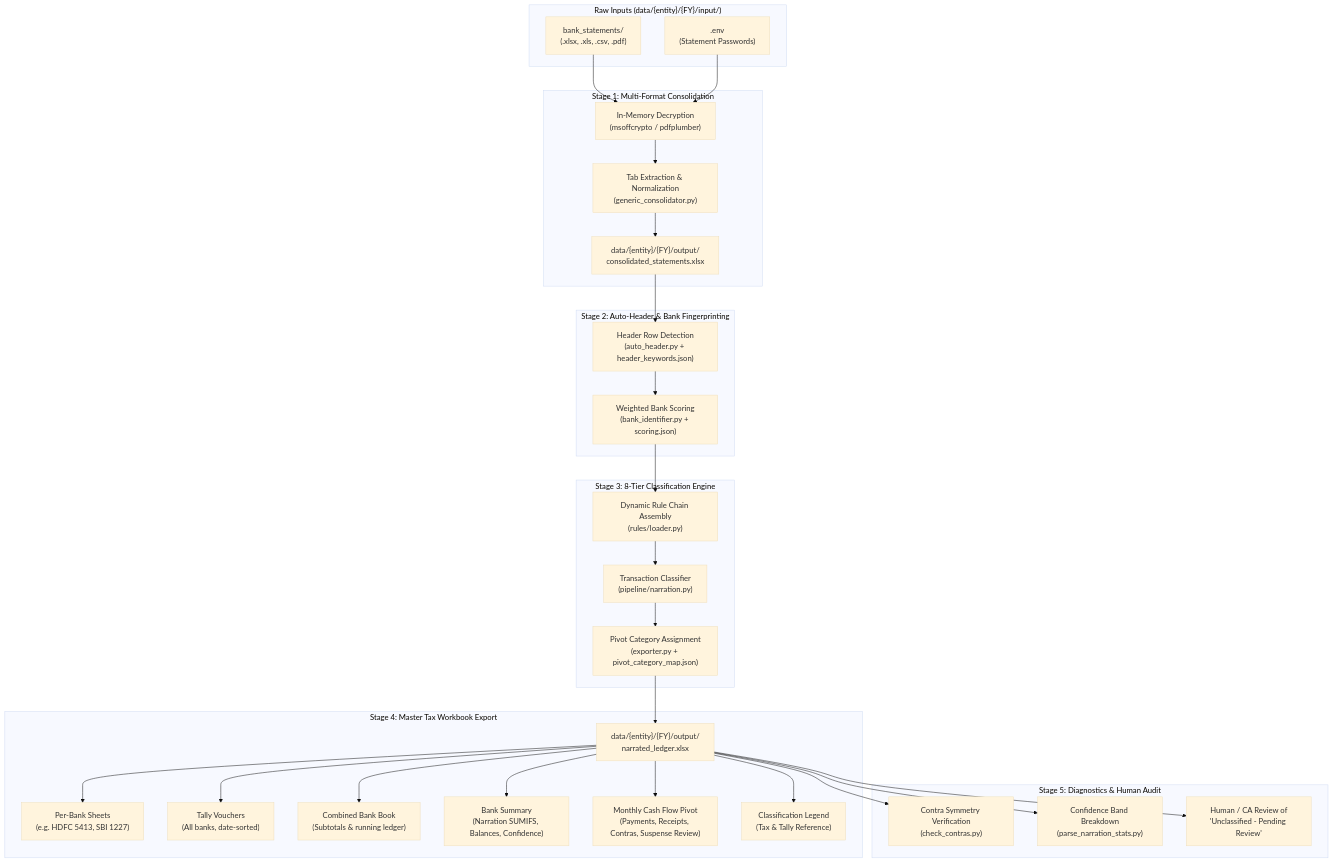
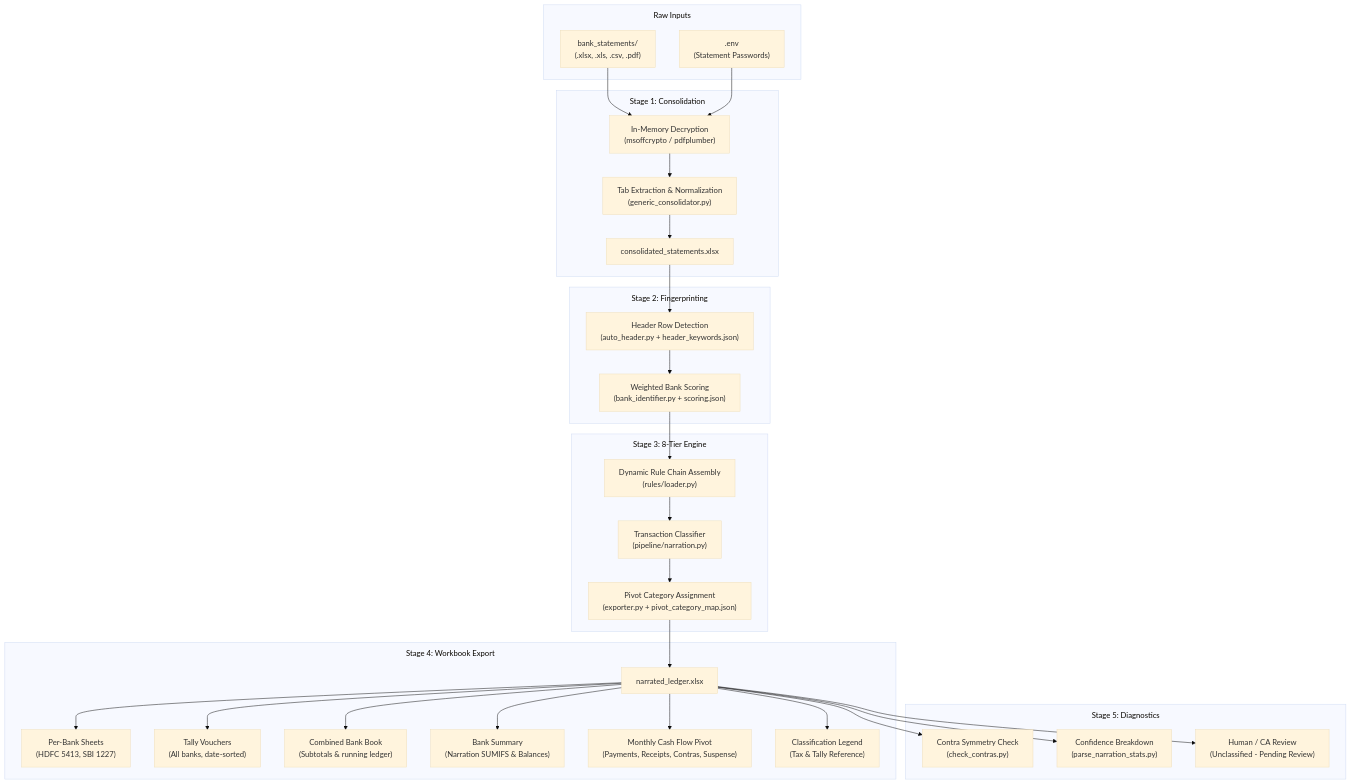
Before and after one commit to Aayush4396/tax-automation: the first of 2 diagrams in README.md, drawn with Mermaid (base theme). The commit also changed other lines of this file and 1 other file, not shown here.

Commit message:
docs: fix mermaid subgraph title wrapping and margin in README and technical docs

````diff
--- a/README.md
+++ b/README.md
@@ -17,47 +17,61 @@
 ```mermaid
+%%{init: {'flowchart': {'subGraphTitleMargin': {'top': 10, 'bottom': 18}, 'wrappingWidth': 320}}}%%
 flowchart TD
-    subgraph Inputs["Raw Inputs (data/{entity}/{FY}/input/)"]
-        RAW_BANK["bank_statements/\n(.xlsx, .xls, .csv, .pdf)"]
-        ENV_FILE[".env\n(Statement Passwords)"]
+    subgraph Inputs["Raw Inputs"]
+        RAW_BANK["bank_statements/<br/>(.xlsx, .xls, .csv, .pdf)"]
+        ENV_FILE[".env<br/>(Statement Passwords)"]
     end
 
-    subgraph Stage1["Stage 1: Multi-Format Consolidation"]
-        DEC["In-Memory Decryption\n(msoffcrypto / pdfplumber)"]
-        NORM["Tab Extraction & Normalization\n(generic_consolidator.py)"]
-        CONSO_XLSX["data/{entity}/{FY}/output/\nconsolidated_statements.xlsx"]
+    subgraph Stage1["Stage 1: Consolidation"]
+        DEC["In-Memory Decryption<br/>(msoffcrypto / pdfplumber)"]
+        NORM["Tab Extraction & Normalization<br/>(generic_consolidator.py)"]
+        CONSO_XLSX["consolidated_statements.xlsx"]
     end
 
-    subgraph Stage2["Stage 2: Auto-Header & Bank Fingerprinting"]
-        HDR["Header Row Detection\n(auto_header.py + header_keywords.json)"]
-        FING["Weighted Bank Scoring\n(bank_identifier.py + scoring.json)"]
+    subgraph Stage2["Stage 2: Fingerprinting"]
+        HDR["Header Row Detection<br/>(auto_header.py + header_keywords.json)"]
+        FING["Weighted Bank Scoring<br/>(bank_identifier.py + scoring.json)"]
     end
 
-    subgraph Stage3["Stage 3: 8-Tier Classification Engine"]
-        CHAIN["Dynamic Rule Chain Assembly\n(rules/loader.py)"]
-        CLASS["Transaction Classifier\n(pipeline/narration.py)"]
-        PIV_MAP["Pivot Category Assignment\n(exporter.py + pivot_category_map.json)"]
+    subgraph Stage3["Stage 3: 8-Tier Engine"]
+        CHAIN["Dynamic Rule Chain Assembly<br/>(rules/loader.py)"]
+        CLASS["Transaction Classifier<br/>(pipeline/narration.py)"]
+        PIV_MAP["Pivot Category Assignment<br/>(exporter.py + pivot_category_map.json)"]
     end
 
-    subgraph Stage4["Stage 4: Master Tax Workbook Export"]
-        OUT_XLSX["data/{entity}/{FY}/output/\nnarrated_ledger.xlsx"]
-        TAB_BANK["Per-Bank Sheets\n(e.g. HDFC 5413, SBI 1227)"]
-        TAB_TALLY["Tally Vouchers\n(All banks, date-sorted)"]
-        TAB_CONSO["Combined Bank Book\n(Subtotals & running ledger)"]
-        TAB_SUM["Bank Summary\n(Narration SUMIFS, Balances, Confidence)"]
-        TAB_PIV["Monthly Cash Flow Pivot\n(Payments, Receipts, Contras, Suspense Review)"]
-        TAB_LEG["Classification Legend\n(Tax & Tally Reference)"]
+    subgraph Stage4["Stage 4: Workbook Export"]
+        OUT_XLSX["narrated_ledger.xlsx"]
+        TAB_BANK["Per-Bank Sheets<br/>(HDFC 5413, SBI 1227)"]
+        TAB_TALLY["Tally Vouchers<br/>(All banks, date-sorted)"]
+        TAB_CONSO["Combined Bank Book<br/>(Subtotals & running ledger)"]
+        TAB_SUM["Bank Summary<br/>(Narration SUMIFS & Balances)"]
+        TAB_PIV["Monthly Cash Flow Pivot<br/>(Payments, Receipts, Contras, Suspense)"]
+        TAB_LEG["Classification Legend<br/>(Tax & Tally Reference)"]
     end
 
-    subgraph Stage5["Stage 5: Diagnostics & Human Audit"]
-        DIAG_CON["Contra Symmetry Verification\n(check_contras.py)"]
-        DIAG_CONF["Confidence Band Breakdown\n(parse_narration_stats.py)"]
-        HUMAN["Human / CA Review of\n'Unclassified - Pending Review'"]
+    subgraph Stage5["Stage 5: Diagnostics"]
+        DIAG_CON["Contra Symmetry Check<br/>(check_contras.py)"]
+        DIAG_CONF["Confidence Breakdown<br/>(parse_narration_stats.py)"]
+        HUMAN["Human / CA Review<br/>(Unclassified - Pending Review)"]
     end
 
     RAW_BANK --> DEC
     ENV_FILE --> DEC
-    DEC --> NORM --> CONSO_XLSX
-    CONSO_XLSX --> HDR --> FING --> CHAIN --> CLASS --> PIV_MAP --> OUT_XLSX
-    OUT_XLSX --> TAB_BANK & TAB_TALLY & TAB_CONSO & TAB_SUM & TAB_PIV & TAB_LEG
-    OUT_XLSX --> DIAG_CON & DIAG_CONF & HUMAN
+    DEC --> NORM
+    NORM --> CONSO_XLSX
+    CONSO_XLSX --> HDR
+    HDR --> FING
+    FING --> CHAIN
+    CHAIN --> CLASS
+    CLASS --> PIV_MAP
+    PIV_MAP --> OUT_XLSX
+    OUT_XLSX --> TAB_BANK
+    OUT_XLSX --> TAB_TALLY
+    OUT_XLSX --> TAB_CONSO
+    OUT_XLSX --> TAB_SUM
+    OUT_XLSX --> TAB_PIV
+    OUT_XLSX --> TAB_LEG
+    OUT_XLSX --> DIAG_CON
+    OUT_XLSX --> DIAG_CONF
+    OUT_XLSX --> HUMAN
 ```
````
